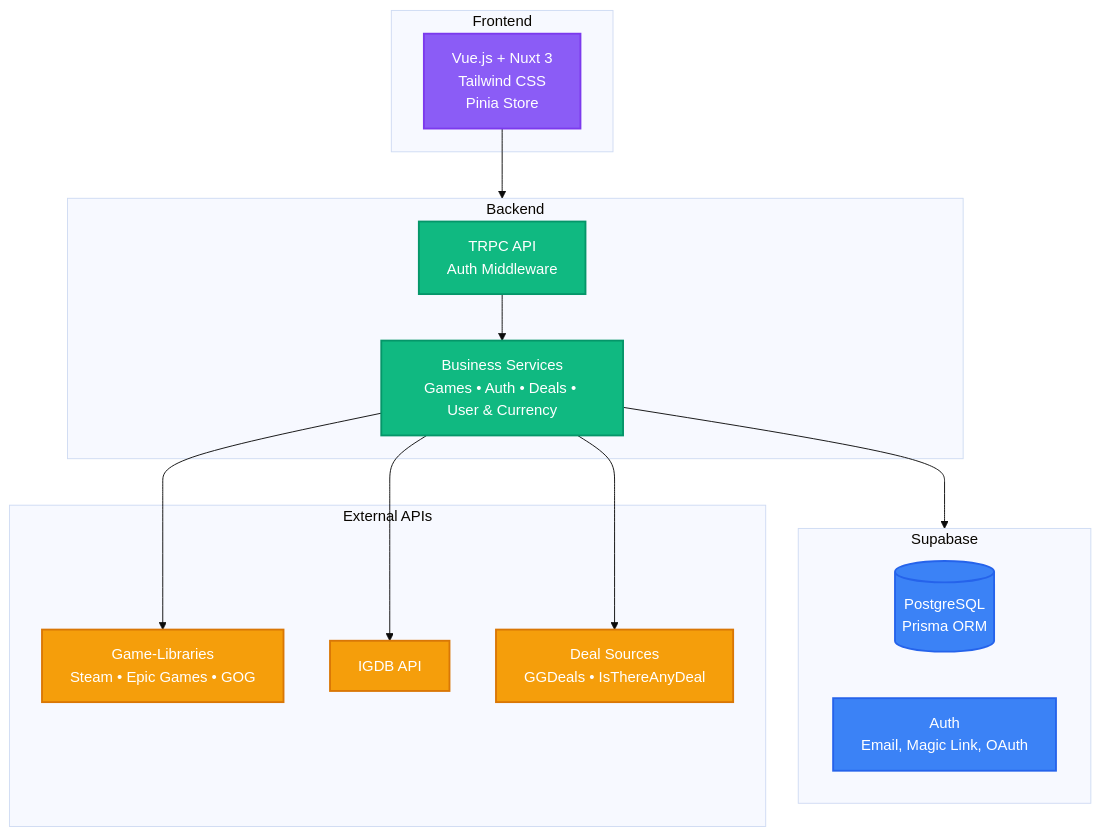
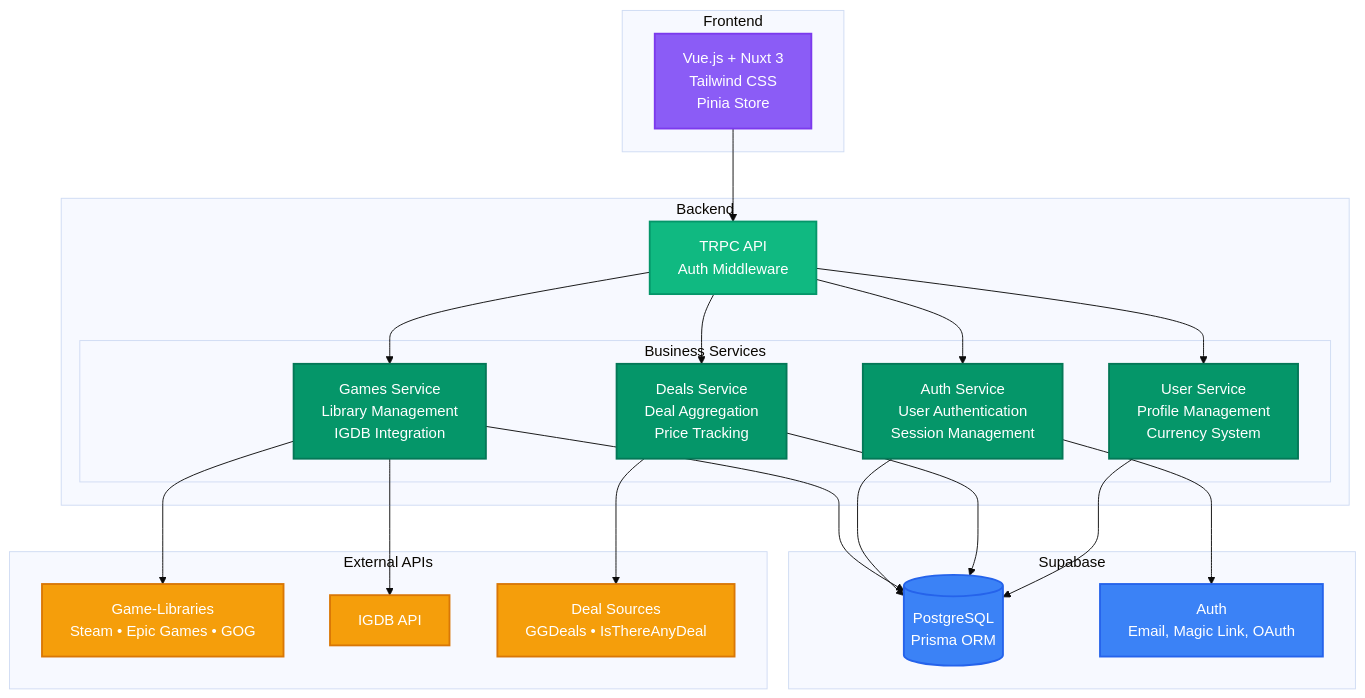
The first of 2 diagrams in present.md (swapdi/Nexus), drawn with Mermaid (base theme) before and after one commit. The commit also changed 3 other files, not shown here.

````diff
--- a/present.md
+++ b/present.md
@@ -11,40 +11,58 @@
 ```mermaid
 graph TB
     subgraph "Frontend"
         FE[Vue.js + Nuxt 3<br/>Tailwind CSS<br/>Pinia Store]
     end
 
     subgraph "Backend"
         API[TRPC API<br/>Auth Middleware]
-        Services[Business Services<br/>Games • Auth • Deals • User & Currency]
+
+        subgraph "Business Services"
+            GamesService[Games Service<br/>Library Management<br/>IGDB Integration]
+            AuthService[Auth Service<br/>User Authentication<br/>Session Management]
+            DealsService[Deals Service<br/>Deal Aggregation<br/>Price Tracking]
+            UserService[User Service<br/>Profile Management<br/>Currency System]
+        end
     end
 
     subgraph "Supabase"
         DB[(PostgreSQL<br/>Prisma ORM)]
         Auth[Auth <br/> Email, Magic Link, OAuth]
     end
 
     subgraph "External APIs"
         Libraries[Game-Libraries <br/> Steam • Epic Games • GOG ]
         IGDB[IGDB API]
         Deals[Deal Sources <br/> GGDeals • IsThereAnyDeal]
     end
 
-    FE --> Backend
-    API --> Services
-    Services --> Supabase
-    Services --> Libraries
-    Services --> IGDB
-    Services --> Deals
+    FE --> API
+    API --> GamesService
+    API --> AuthService
+    API --> DealsService
+    API --> UserService
+
+    GamesService --> DB
+    GamesService --> Libraries
+    GamesService --> IGDB
+
+    AuthService --> Auth
+    AuthService --> DB
+
+    DealsService --> DB
+    DealsService --> Deals
+
+    UserService --> DB
 
     classDef frontend fill:#8B5CF6,stroke:#7C3AED,stroke-width:2px,color:#fff
     classDef backend fill:#10B981,stroke:#059669,stroke-width:2px,color:#fff
+    classDef services fill:#059669,stroke:#047857,stroke-width:2px,color:#fff
     classDef database fill:#3B82F6,stroke:#2563EB,stroke-width:2px,color:#fff
     classDef external fill:#F59E0B,stroke:#D97706,stroke-width:2px,color:#fff
-    classDef exAPI fill:#F59E0B,stroke:#D97706,stroke-width:2px,color:#fff
 
     class FE frontend
-    class API,Services backend
+    class API backend
+    class GamesService,AuthService,DealsService,UserService services
     class DB,Auth database
     class Libraries,IGDB,Deals external
 ```
````
